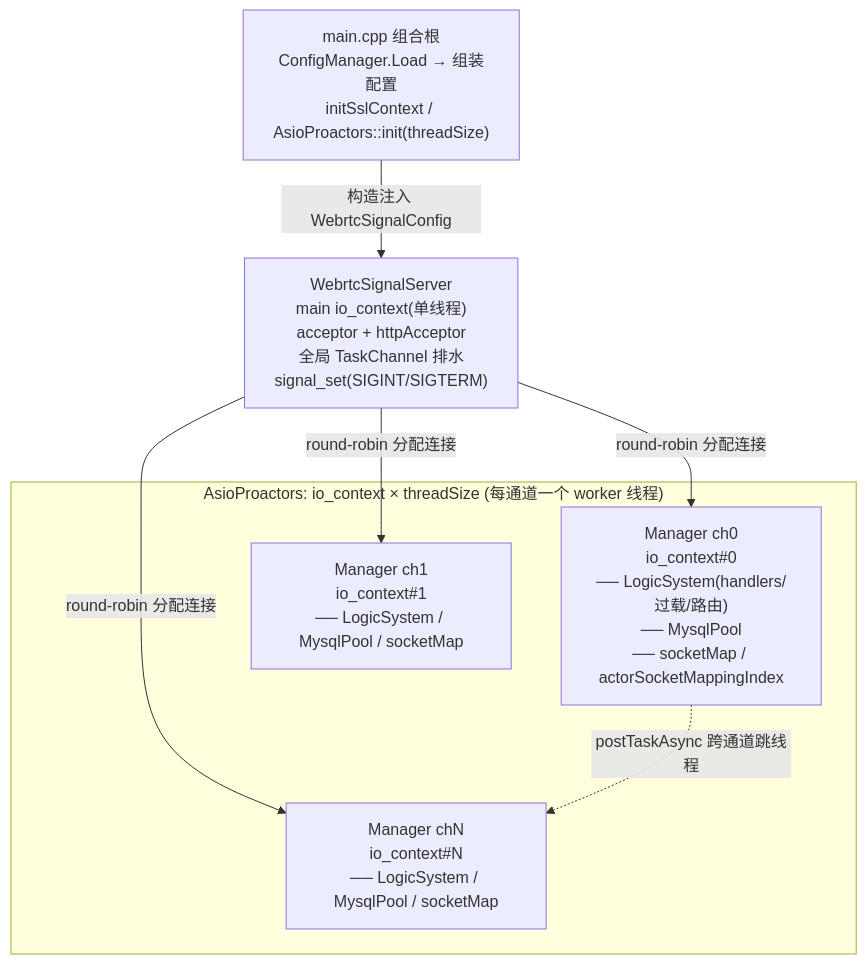
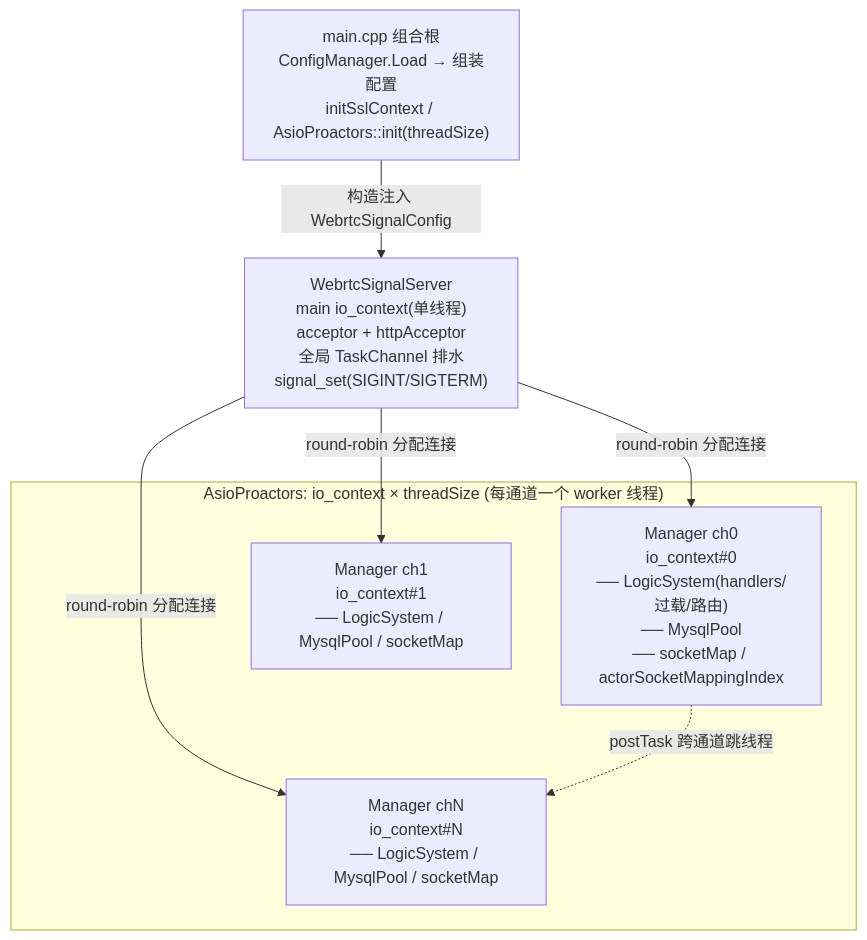
One commit to HopeTiga/HopeDesk changed the first of 5 diagrams in WebrtcSignalServer.md. Above: the diagram before and after it, drawn with Mermaid. The commit also changed other lines of this file, not shown here.

````diff
--- a/WebrtcSignalServer.md
+++ b/WebrtcSignalServer.md
@@ -64,17 +64,17 @@
 ```mermaid
 flowchart TB
   main["main.cpp 组合根<br/>ConfigManager.Load → 组装配置<br/>initSslContext / AsioProactors::init(threadSize)"]
   server["WebrtcSignalServer<br/>main io_context(单线程)<br/>acceptor + httpAcceptor<br/>全局 TaskChannel 排水<br/>signal_set(SIGINT/SIGTERM)"]
   main -->|"构造注入 WebrtcSignalConfig"| server
 
   subgraph pool["AsioProactors: io_context × threadSize (每通道一个 worker 线程)"]
     ch0["Manager ch0<br/>io_context#0<br/>── LogicSystem(handlers/过载/路由)<br/>── MysqlPool<br/>── socketMap / actorSocketMappingIndex"]
     ch1["Manager ch1<br/>io_context#1<br/>── LogicSystem / MysqlPool / socketMap"]
     chN["Manager chN<br/>io_context#N<br/>── LogicSystem / MysqlPool / socketMap"]
   end
 
   server -->|round-robin 分配连接| ch0
   server -->|round-robin 分配连接| ch1
   server -->|round-robin 分配连接| chN
-  ch0 -.->|postTaskAsync 跨通道跳线程| chN
+  ch0 -.->|postTask 跨通道跳线程| chN
 ```
````
